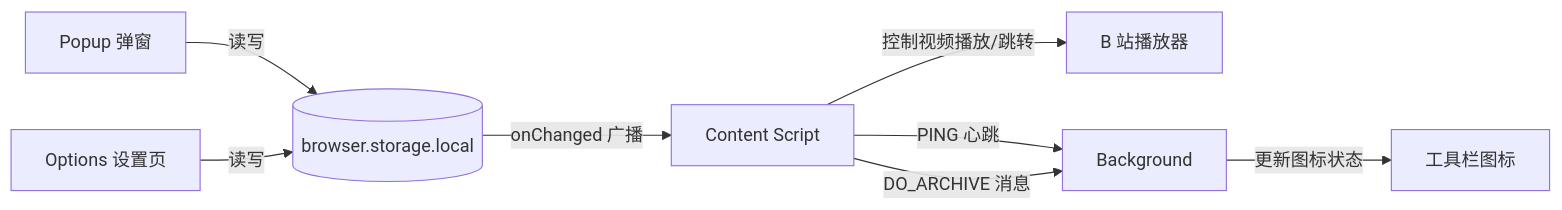
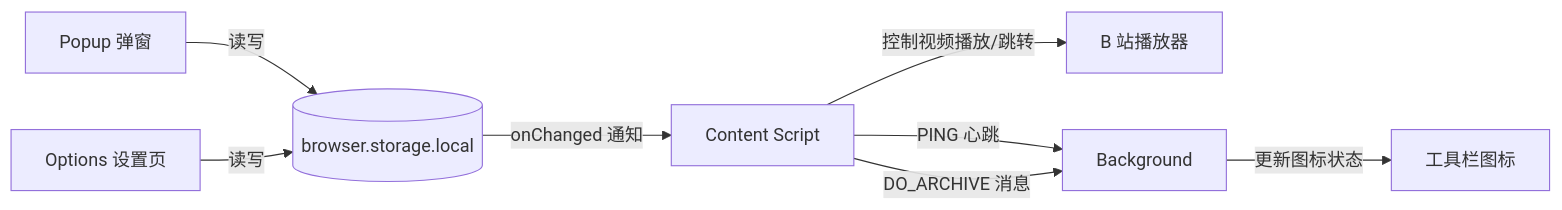
The second of 2 diagrams in README.md (MasterFrontEndYu/bilibiliMovieControl), drawn with Mermaid before and after one commit. The commit also changed other lines of this file and 10 other files, not shown here.

````diff
--- a/README.md
+++ b/README.md
@@ -192,10 +187,10 @@
 ```mermaid
 flowchart LR
     Popup[Popup 弹窗] -- 读写 --> S[(browser.storage.local)]
     Options[Options 设置页] -- 读写 --> S
-    S -- onChanged 广播 --> CS[Content Script]
+    S -- onChanged 通知 --> CS[Content Script]
     CS -- 控制视频播放/跳转 --> Bili[B 站播放器]
     CS -- PING 心跳 --> BG[Background]
     BG -- 更新图标状态 --> Icon[工具栏图标]
     CS -- DO_ARCHIVE 消息 --> BG
 ```
````
